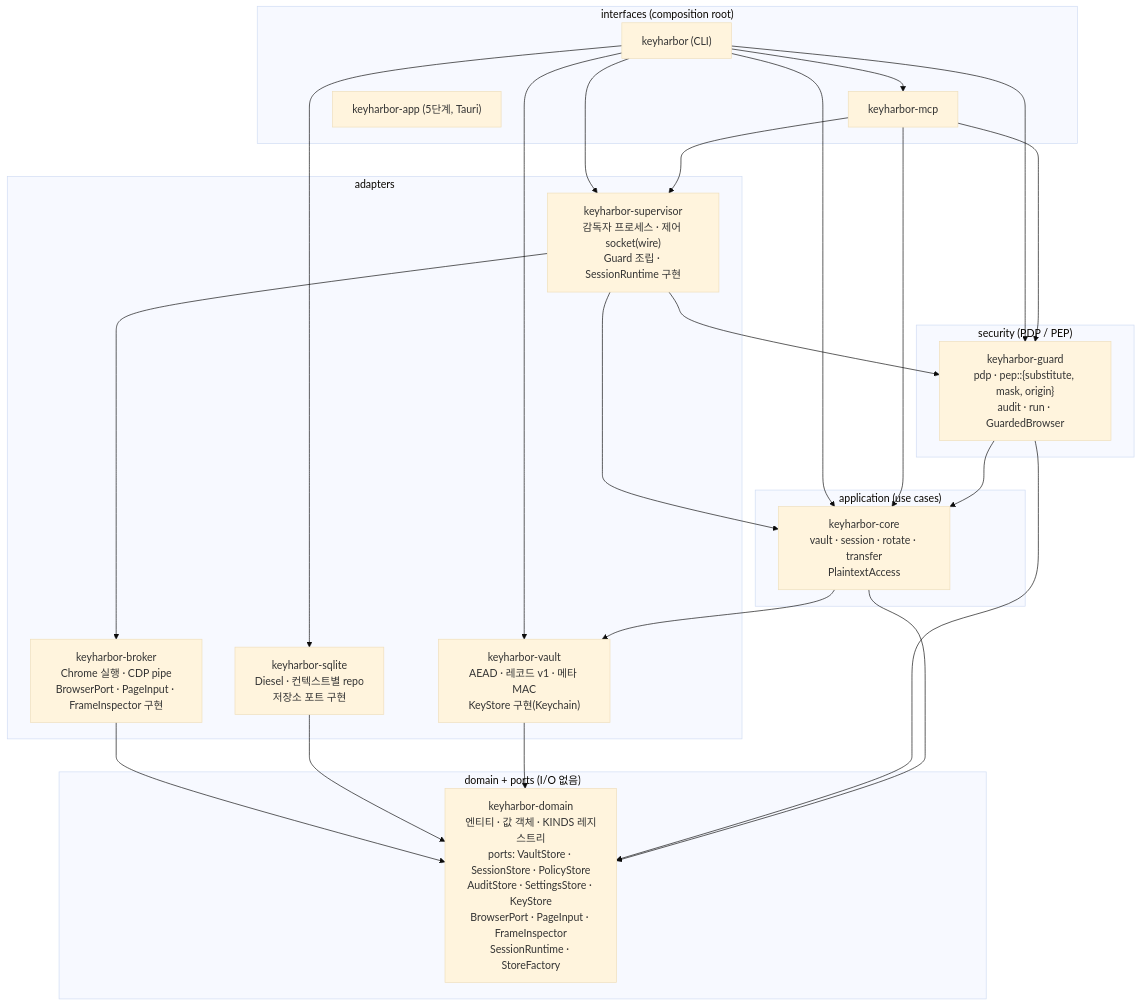
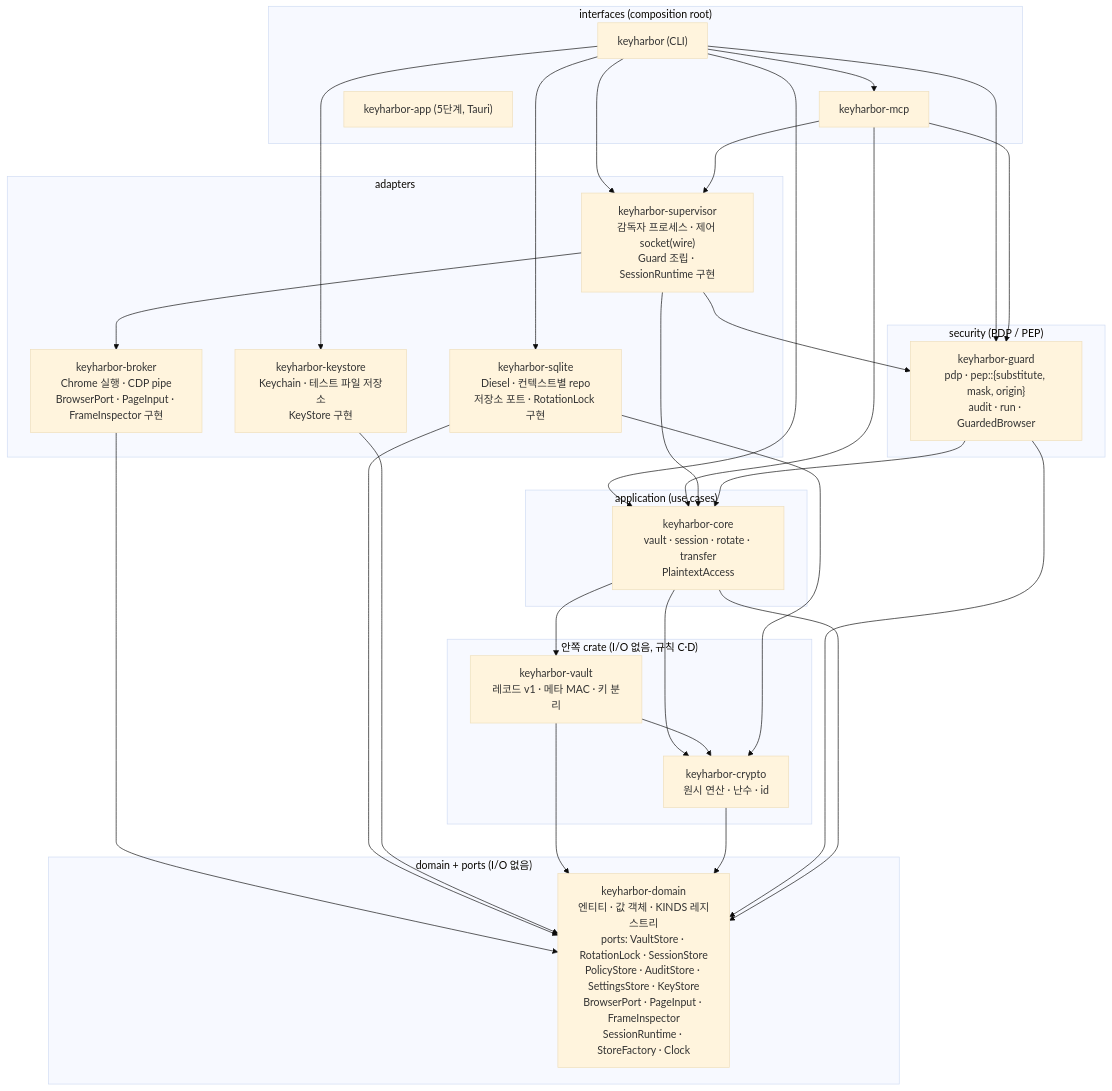
The third of 17 diagrams in docs/design/02-system-architecture.md (LeeSwallow/KeyHarbor), drawn with Mermaid (base theme) before and after one commit. The commit also changed other lines of this file and 71 other files, not shown here.

````diff
--- a/docs/design/02-system-architecture.md
+++ b/docs/design/02-system-architecture.md
@@ -82,29 +82,35 @@
 ```mermaid
 flowchart TB
   subgraph interfaces["interfaces (composition root)"]
     cli["keyharbor (CLI)"]
     mcp["keyharbor-mcp"]
     app["keyharbor-app (5단계, Tauri)"]
   end
   subgraph adapters["adapters"]
     supervisor["keyharbor-supervisor<br/>감독자 프로세스 · 제어 socket(wire)<br/>Guard 조립 · SessionRuntime 구현"]
     broker["keyharbor-broker<br/>Chrome 실행 · CDP pipe<br/>BrowserPort · PageInput · FrameInspector 구현"]
-    sqlite["keyharbor-sqlite<br/>Diesel · 컨텍스트별 repo<br/>저장소 포트 구현"]
-    vault["keyharbor-vault<br/>AEAD · 레코드 v1 · 메타 MAC<br/>KeyStore 구현(Keychain)"]
+    sqlite["keyharbor-sqlite<br/>Diesel · 컨텍스트별 repo<br/>저장소 포트 · RotationLock 구현"]
+    keystore["keyharbor-keystore<br/>Keychain · 테스트 파일 저장소<br/>KeyStore 구현"]
+  end
+  subgraph inner["안쪽 crate (I/O 없음, 규칙 C·D)"]
+    vault["keyharbor-vault<br/>레코드 v1 · 메타 MAC · 키 분리"]
+    crypto["keyharbor-crypto<br/>원시 연산 · 난수 · id"]
   end
   subgraph security["security (PDP / PEP)"]
     guard["keyharbor-guard<br/>pdp · pep::{substitute, mask, origin}<br/>audit · run · GuardedBrowser"]
   end
   subgraph application["application (use cases)"]
     core["keyharbor-core<br/>vault · session · rotate · transfer<br/>PlaintextAccess"]
   end
   subgraph domain["domain + ports (I/O 없음)"]
-    dom["keyharbor-domain<br/>엔티티 · 값 객체 · KINDS 레지스트리<br/>ports: VaultStore · SessionStore · PolicyStore<br/>AuditStore · SettingsStore · KeyStore<br/>BrowserPort · PageInput · FrameInspector<br/>SessionRuntime · StoreFactory"]
+    dom["keyharbor-domain<br/>엔티티 · 값 객체 · KINDS 레지스트리<br/>ports: VaultStore · RotationLock · SessionStore<br/>PolicyStore · AuditStore · SettingsStore · KeyStore<br/>BrowserPort · PageInput · FrameInspector<br/>SessionRuntime · StoreFactory · Clock"]
   end
-  cli --> mcp & supervisor & sqlite & vault & guard & core
+  cli --> mcp & supervisor & sqlite & keystore & guard & core
   mcp --> supervisor & guard & core
   supervisor --> broker & guard & core
   guard --> core
-  core --> vault
-  broker & sqlite & vault & guard & core --> dom
+  core --> vault & crypto
+  vault --> crypto
+  sqlite --> crypto
+  broker & sqlite & keystore & vault & crypto & guard & core --> dom
 ```
````
